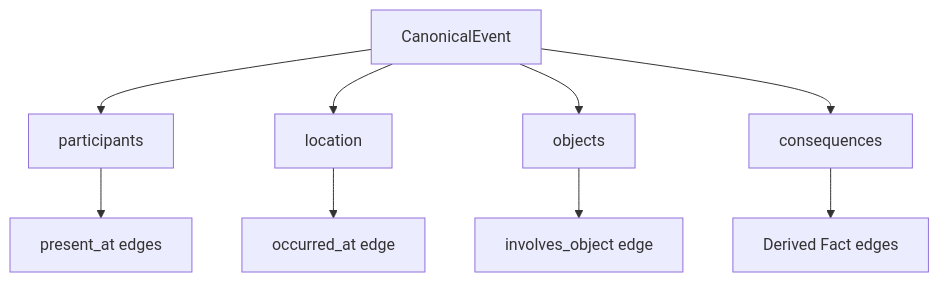
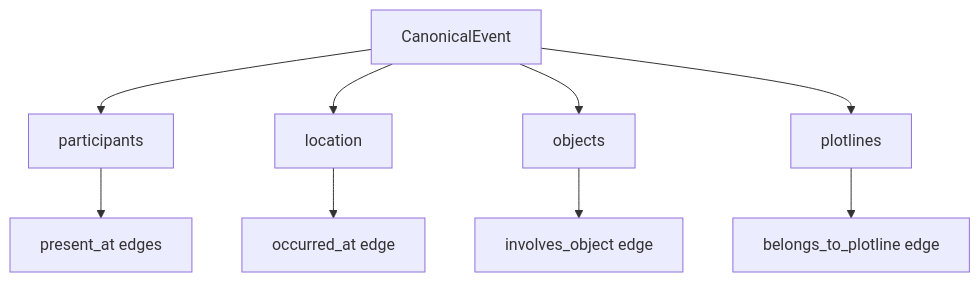
Before and after one commit to FrankQDWang/sextantlabs: the fourth of 6 diagrams in goals/19-story-auto-link.md, drawn with Mermaid. The commit also changed other lines of this file, not shown here.

Commit message:
Align story auto-link with canonical relation schema

````diff
--- a/goals/19-story-auto-link.md
+++ b/goals/19-story-auto-link.md
@@ -172,11 +174,11 @@
 ```mermaid
 flowchart TD
     A[CanonicalEvent] --> B[participants]
     A --> C[location]
     A --> D[objects]
-    A --> E[consequences]
+    A --> E[plotlines]
     B --> F[present_at edges]
     C --> G[occurred_at edge]
     D --> H[involves_object edge]
-    E --> I[Derived Fact edges]
+    E --> I[belongs_to_plotline edge]
 ```
````
